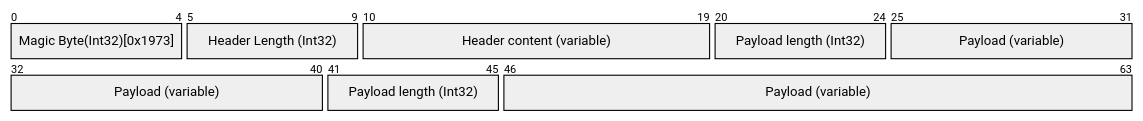
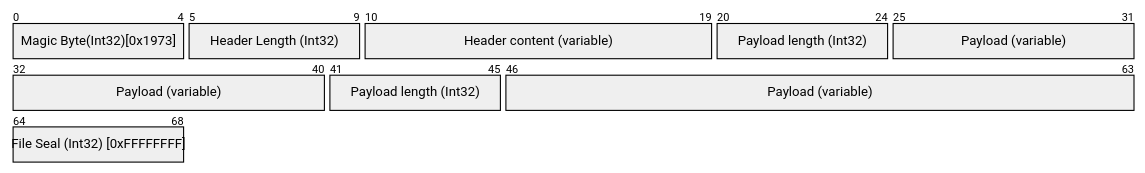
One commit to unclepaul84/streaming-proto-spike changed the diagram in README.md. Above: the diagram before and after it, drawn with Mermaid (neutral theme). The commit also changed 8 other files, not shown here.

````diff
--- a/README.md
+++ b/README.md
@@ -15,14 +15,15 @@
 ```mermaid
 
 ---
 title: "File Byte Layout"
 ---
 packet-beta
 0-4: "Magic Byte(Int32)[0x1973]"
 5-9: "Header Length (Int32)"
 10-19: "Header content (variable)"
 20-24: "Payload length (Int32)"
 25-40: "Payload (variable)"
 41-45: "Payload length (Int32)"
 46-63: "Payload (variable)"
+64-68: "File Seal (Int32) [0xFFFFFFFF]"
 ```
````
